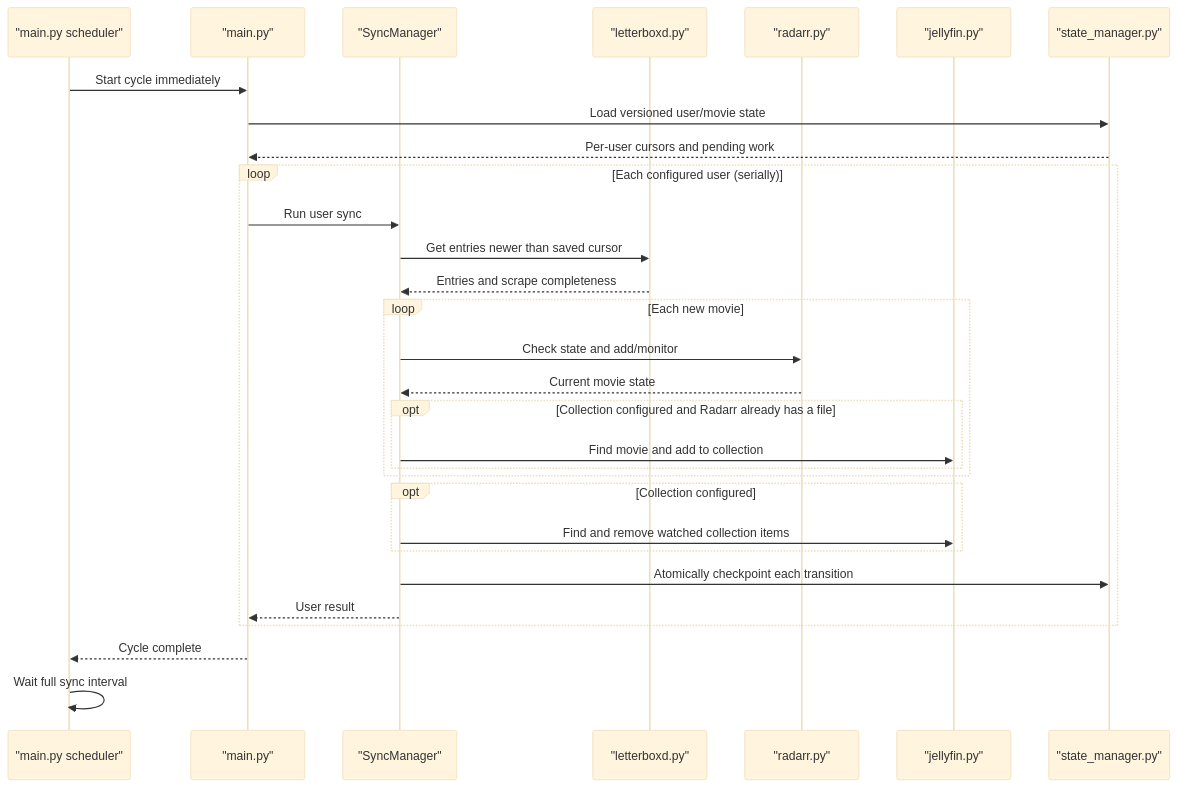
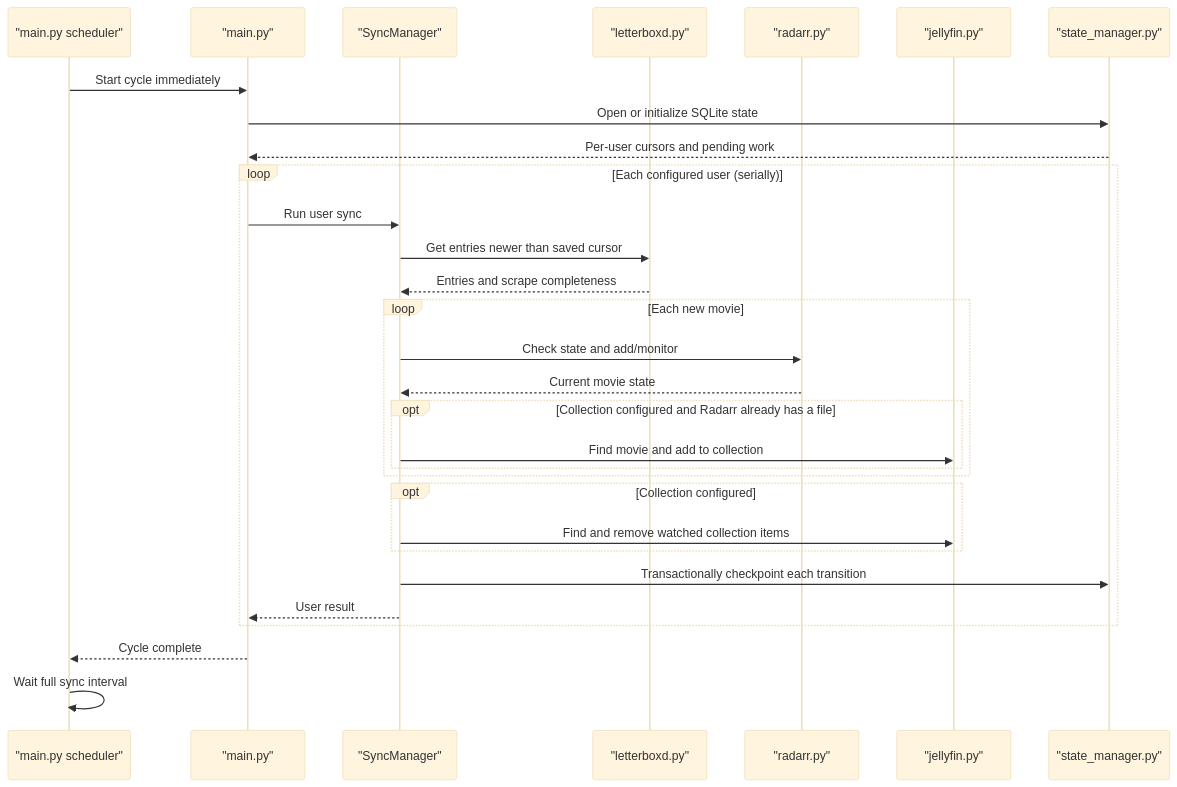
Before and after one commit to MathisVerstrepen/letterboxd-jellyfin: the diagram in README.md, drawn with Mermaid (base theme). The commit also changed other lines of this file and 9 other files, not shown here.

````diff
--- a/README.md
+++ b/README.md
@@ -46,37 +46,37 @@
 ```mermaid
 sequenceDiagram
     participant Scheduler as "main.py scheduler"
     participant Main as "main.py"
     participant SyncManager as "SyncManager"
     participant Letterboxd as "letterboxd.py"
     participant Radarr as "radarr.py"
     participant Jellyfin as "jellyfin.py"
     participant State as "state_manager.py"
 
     Scheduler->>Main: Start cycle immediately
-    Main->>State: Load versioned user/movie state
+    Main->>State: Open or initialize SQLite state
     State-->>Main: Per-user cursors and pending work
 
     loop Each configured user (serially)
         Main->>SyncManager: Run user sync
         SyncManager->>Letterboxd: Get entries newer than saved cursor
         Letterboxd-->>SyncManager: Entries and scrape completeness
 
         loop Each new movie
             SyncManager->>Radarr: Check state and add/monitor
             Radarr-->>SyncManager: Current movie state
             opt Collection configured and Radarr already has a file
                 SyncManager->>Jellyfin: Find movie and add to collection
             end
         end
 
         opt Collection configured
             SyncManager->>Jellyfin: Find and remove watched collection items
         end
-        SyncManager->>State: Atomically checkpoint each transition
+        SyncManager->>State: Transactionally checkpoint each transition
         SyncManager-->>Main: User result
     end
 
     Main-->>Scheduler: Cycle complete
     Scheduler->>Scheduler: Wait full sync interval
 ```
````
